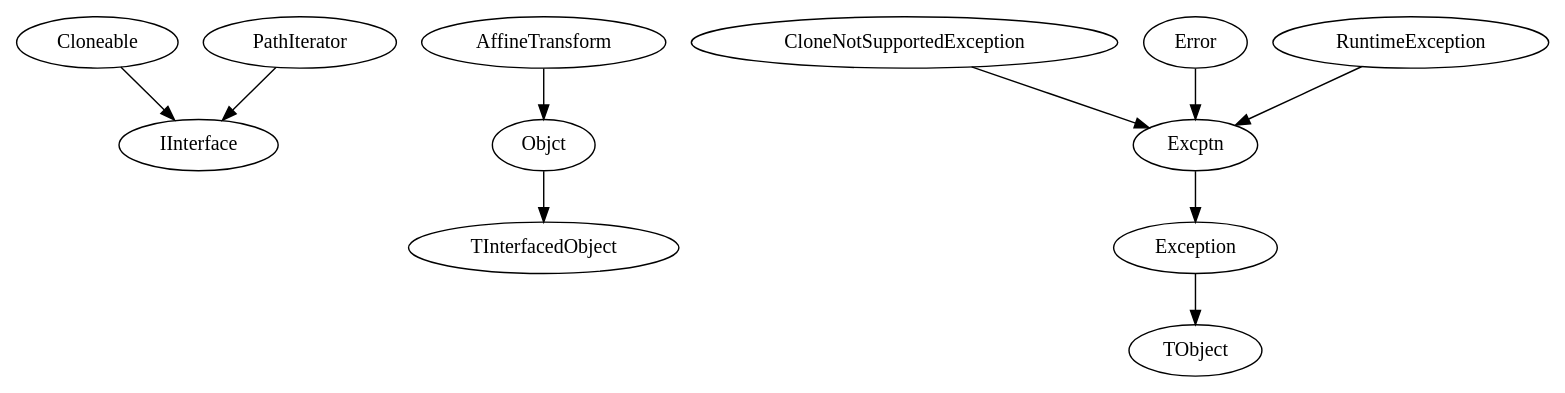
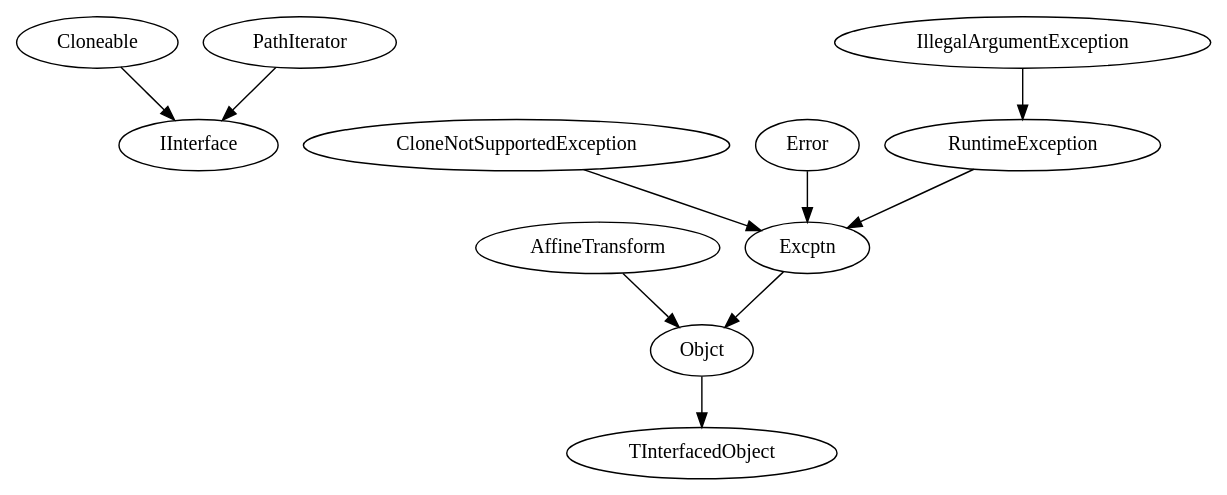
Before and after one commit to coelhole/newpascal: the diagram in doc/GVClasses.dot, drawn with Graphviz. The commit also changed 27 other files, not shown here.

```diff
--- a/doc/GVClasses.dot
+++ b/doc/GVClasses.dot
@@ -1,19 +1,20 @@
 DiGraph Classes {
   "Cloneable" -> "IInterface"
   "Cloneable" [href="NewPascal.Base.Cloneable.html"]
   "PathIterator" -> "IInterface"
   "PathIterator" [href="NewPascal.GUI.Geom.PathIterator.html"]
   "Objct" -> "TInterfacedObject"
   "Objct" [href="NewPascal.Base.Objct.html"]
   "AffineTransform" -> "Objct"
   "AffineTransform" [href="NewPascal.GUI.Geom.AffineTransform.html"]
-  "Exception" -> "TObject"
-  "Excptn" -> "Exception"
+  "Excptn" -> "Objct"
   "Excptn" [href="NewPascal.Base.Excptn.html"]
   "CloneNotSupportedException" -> "Excptn"
   "CloneNotSupportedException" [href="NewPascal.Base.CloneNotSupportedException.html"]
   "Error" -> "Excptn"
   "Error" [href="NewPascal.Base.Error.html"]
   "RuntimeException" -> "Excptn"
   "RuntimeException" [href="NewPascal.Base.RuntimeException.html"]
+  "IllegalArgumentException" -> "RuntimeException"
+  "IllegalArgumentException" [href="NewPascal.Base.IllegalArgumentException.html"]
 }
```
